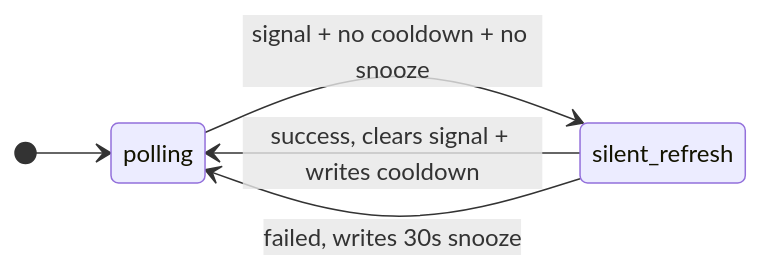
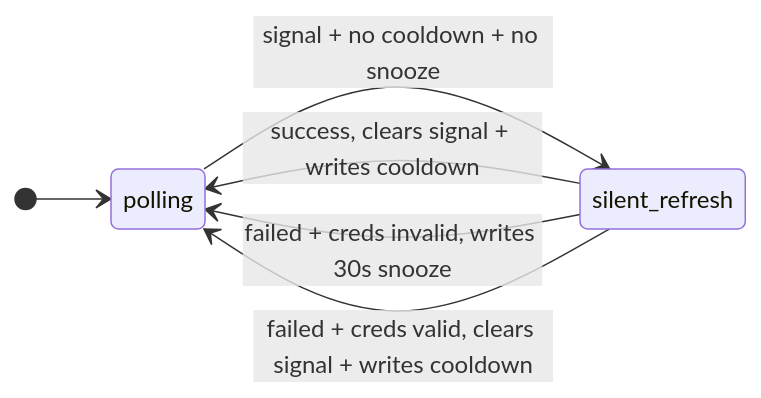
One commit to rp-arielrodriguez/bazel-aws-maven-proxy changed the fourth of 9 diagrams in docs/state-machine.md. Above: the diagram before and after it, drawn with Mermaid. The commit also changed other lines of this file and 1 other file, not shown here.

First line of the commit message:
docs: fix 14 mermaid diagram inaccuracies

````diff
--- a/docs/state-machine.md
+++ b/docs/state-machine.md
@@ -80,8 +96,9 @@
 ```mermaid
 stateDiagram-v2
     direction LR
     [*] --> polling
     polling --> silent_refresh : signal + no cooldown + no snooze
     silent_refresh --> polling : success, clears signal + writes cooldown
-    silent_refresh --> polling : failed, writes 30s snooze
+    silent_refresh --> polling : failed + creds invalid, writes 30s snooze
+    silent_refresh --> polling : failed + creds valid, clears signal + writes cooldown
 ```
````
